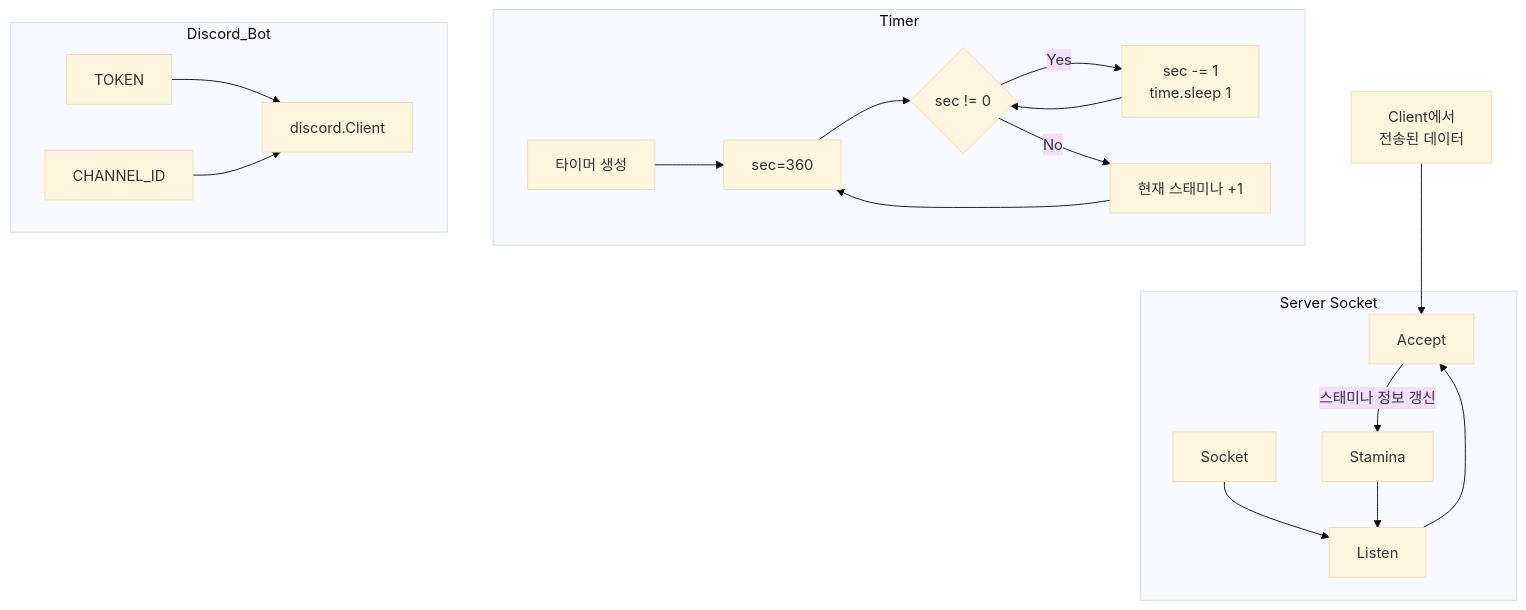
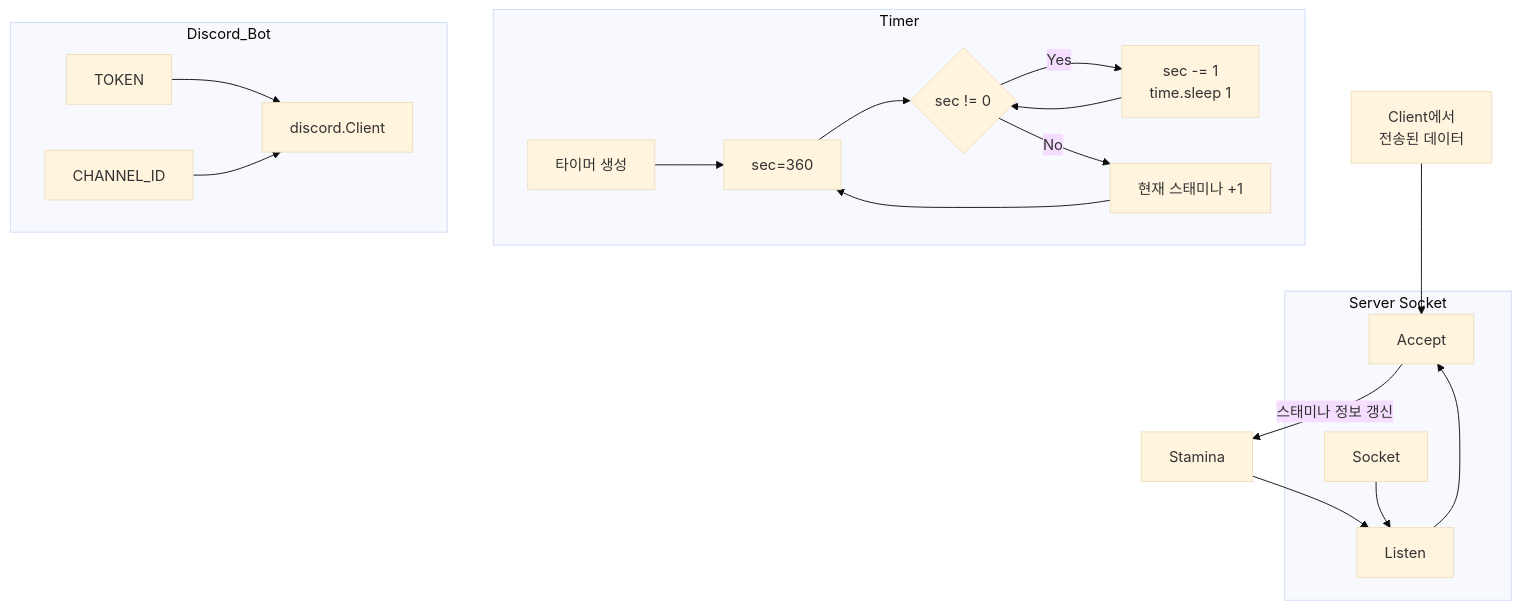
Before and after one commit to 201710808/Game-Stamina-Alarm: the third of 3 diagrams in README.md, drawn with Mermaid (base theme). The commit also changed other lines of this file, not shown here.

````diff
--- a/README.md
+++ b/README.md
@@ -55,25 +55,25 @@
 ```mermaid
 graph TB;
     data[Client에서\n전송된 데이터]-->Accept;
-    Accept-->|스태미나 정보 갱신|Stamina;
 
     subgraph Server Socket;
     Socket-->Listen;
     Listen-->Accept;
+    end;
+    Accept-->|스태미나 정보 갱신|Stamina;
     Stamina-->Listen;
-    end;
 
     subgraph Timer;
     timer_start[타이머 생성]-->sec;
     sec[sec=360]-->condition{sec != 0};
     condition-->|"Yes"|process_time[sec -= 1\ntime.sleep 1];
     process_time-->condition;
     condition-->|"No"|sync_stamina[현재 스태미나 +1];
     sync_stamina-->sec;
     end;
 
     subgraph Discord_Bot;
     TOKEN-->Client[discord.Client];
     CHANNEL_ID-->Client;
     end;
 ```
````
